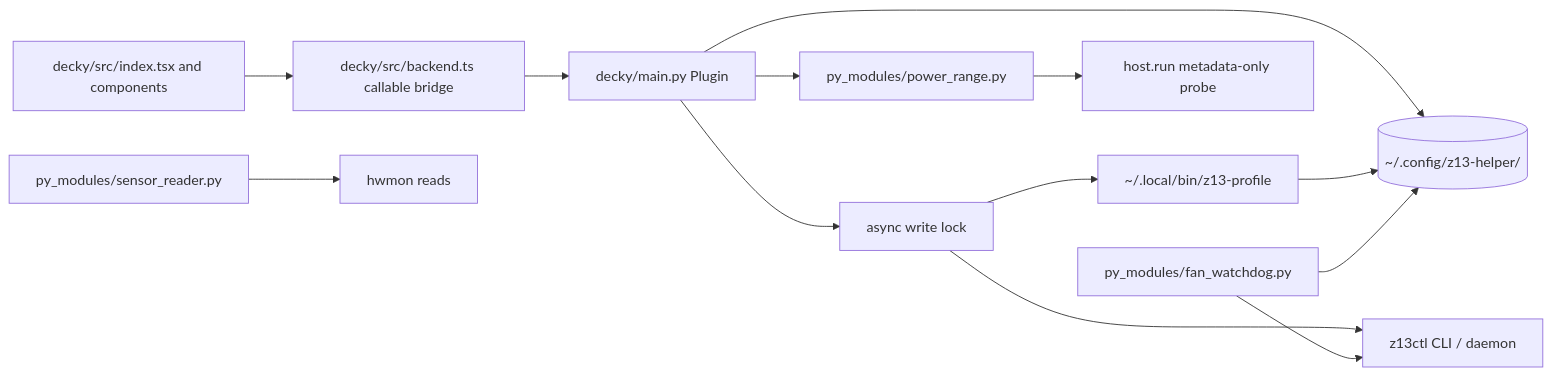
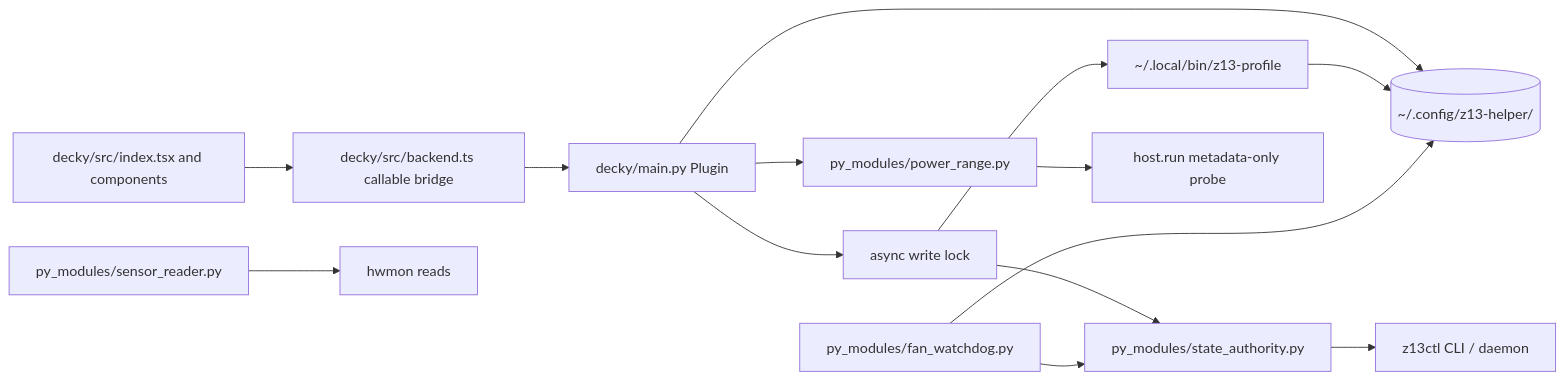
One commit to iannitram/z13-helper changed the diagram in MAP/decky.md. Above: the diagram before and after it, drawn with Mermaid. The commit also changed other lines of this file and 27 other files, not shown here.

````diff
--- a/MAP/decky.md
+++ b/MAP/decky.md
@@ -7,15 +7,16 @@
 ```mermaid
 flowchart LR
     UI[decky/src/index.tsx and components] --> API[decky/src/backend.ts callable bridge]
     API --> Plugin[decky/main.py Plugin]
     Plugin --> Lock[async write lock]
     Lock --> Profile[~/.local/bin/z13-profile]
-    Lock --> CLI[z13ctl CLI / daemon]
+    Lock --> Authority[py_modules/state_authority.py]
+    Authority --> CLI[z13ctl CLI / daemon]
     Plugin --> PowerRange[py_modules/power_range.py]
     PowerRange --> HostProbe[host.run metadata-only probe]
     Plugin --> Shared[(~/.config/z13-helper/)]
     Profile --> Shared
     Watch[py_modules/fan_watchdog.py] --> Shared
-    Watch --> CLI
+    Watch --> Authority
     Sensors[py_modules/sensor_reader.py] --> HW[hwmon reads]
 ```
````
